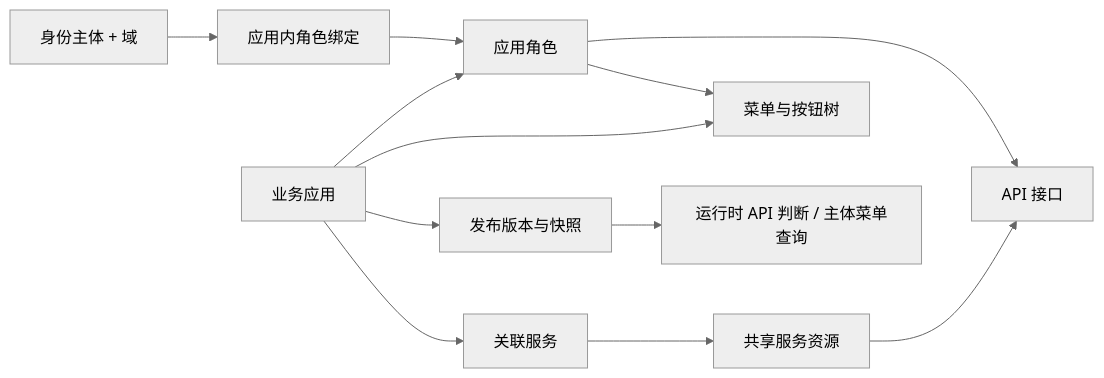
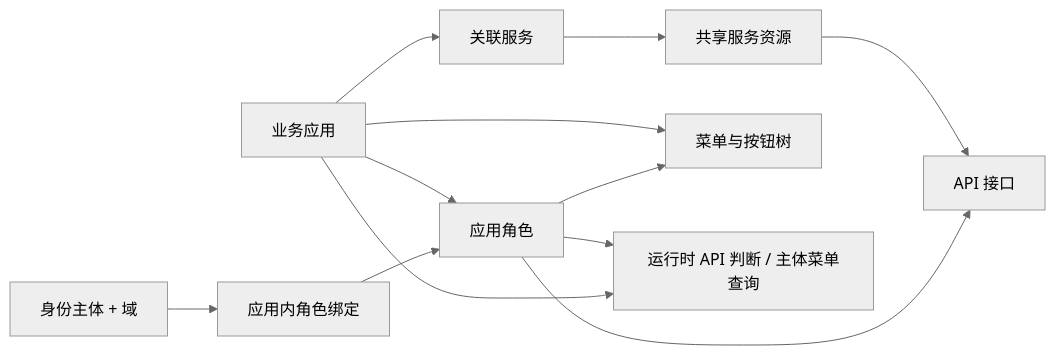
One commit to Zevlune/NexusAuthorization changed the diagram in doc/current-system-overview.md. Above: the diagram before and after it, drawn with Mermaid (neutral theme). The commit also changed other lines of this file and 54 other files, not shown here.

````diff
--- a/doc/current-system-overview.md
+++ b/doc/current-system-overview.md
@@ -31,14 +31,14 @@
 ```mermaid
 flowchart LR
     A[业务应用] --> L[关联服务]
     L --> S[共享服务资源]
     S --> E[API 接口]
     A --> M[菜单与按钮树]
     A --> R[应用角色]
     R --> E
     R --> M
     U[身份主体 + 域] --> B[应用内角色绑定]
     B --> R
-    A --> P[发布版本与快照]
-    P --> D[运行时 API 判断 / 主体菜单查询]
+    R --> D[运行时 API 判断 / 主体菜单查询]
+    A --> D
 ```
````
